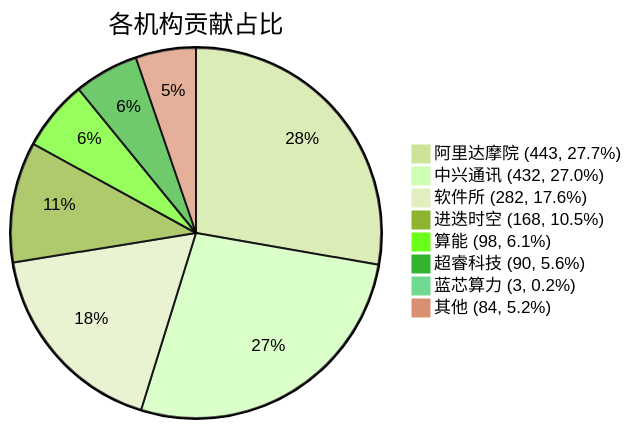
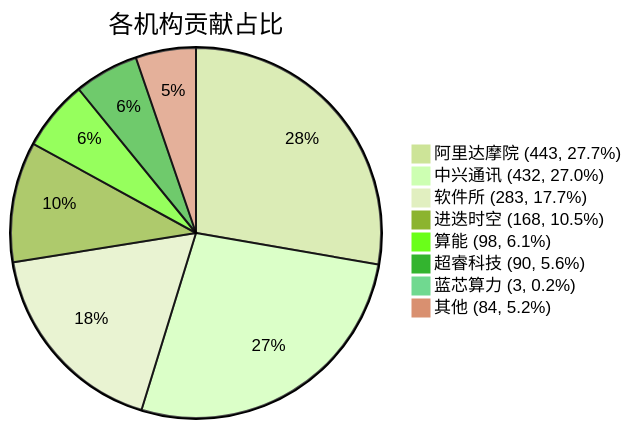
The diagram in docs/index.md (RVCK-Project/rvck), drawn with Mermaid (forest theme) before and after one commit. The commit also changed other lines of this file and 24 other files, not shown here.

````diff
--- a/docs/index.md
+++ b/docs/index.md
@@ -40,11 +40,11 @@
 ```mermaid
 pie title 各机构贡献占比
     "阿里达摩院 (443, 27.7%)" : 443
     "中兴通讯 (432, 27.0%)" : 432
-    "软件所 (282, 17.6%)" : 282
+    "软件所 (283, 17.7%)" : 283
     "进迭时空 (168, 10.5%)" : 168
     "算能 (98, 6.1%)" : 98
     "超睿科技 (90, 5.6%)" : 90
     "蓝芯算力 (3, 0.2%)" : 3
     "其他 (84, 5.2%)" : 84
 ```
````
